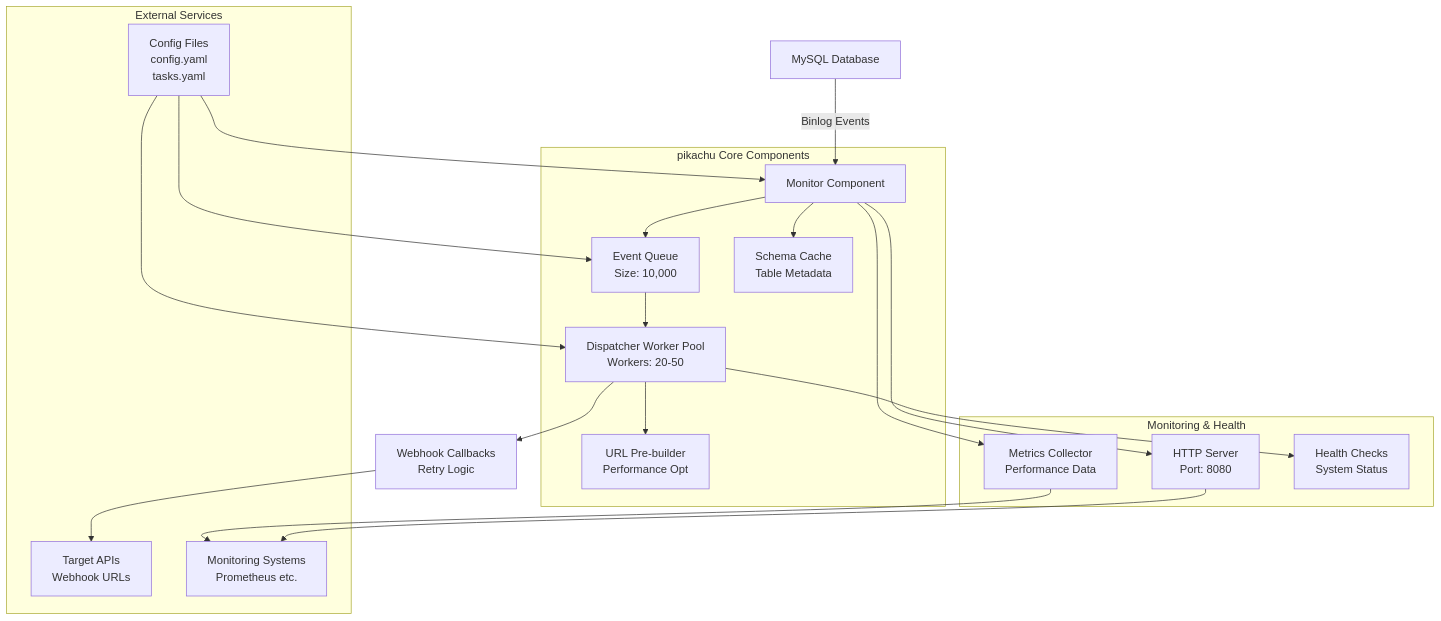
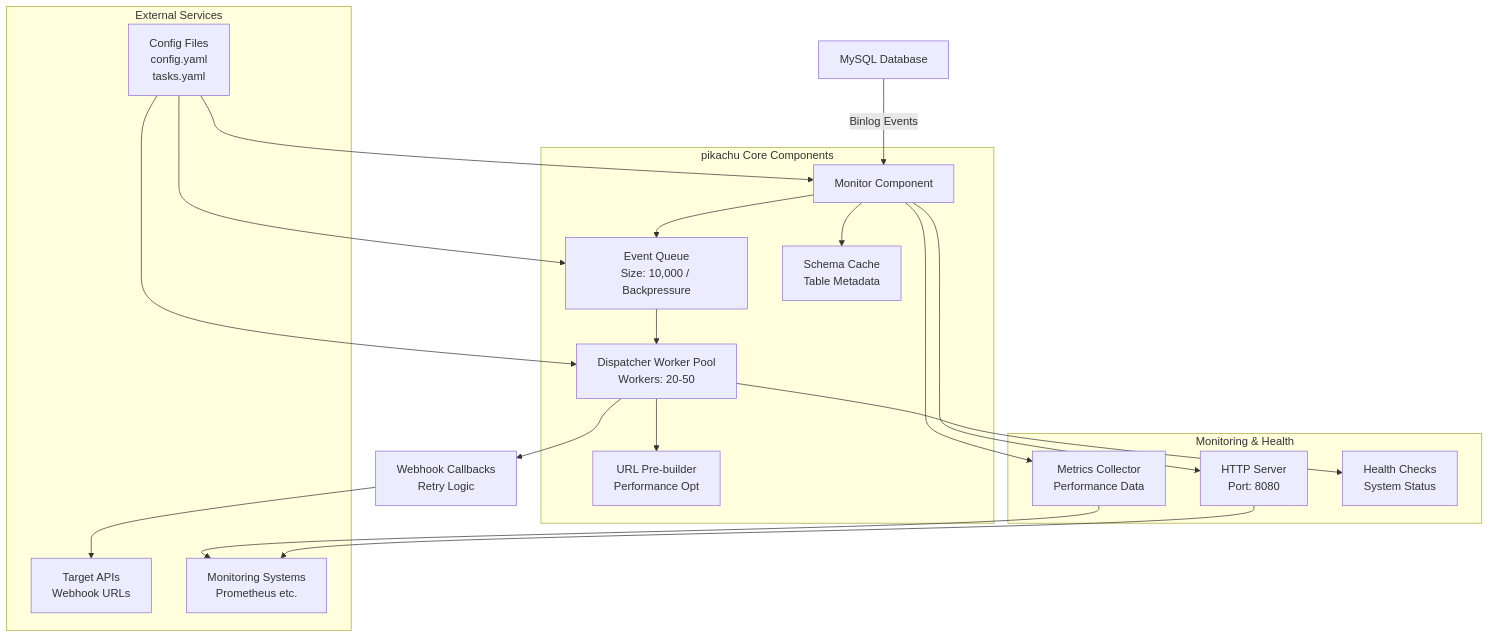
Before and after one commit to tiyee/pikachu: the diagram in README.md, drawn with Mermaid. The commit also changed other lines of this file and 20 other files, not shown here.

````diff
--- a/README.md
+++ b/README.md
@@ -82,40 +90,40 @@
 ```mermaid
 graph TB
     A[MySQL Database] -->|Binlog Events| B[Monitor Component]
-    B --> C[Event Queue<br/>Size: 10,000]
+    B --> C[Event Queue<br/>Size: 10,000 / Backpressure]
     C --> D[Dispatcher Worker Pool<br/>Workers: 20-50]
     D --> E[Webhook Callbacks<br/>Retry Logic]
 
     B --> F[Schema Cache<br/>Table Metadata]
     D --> G[URL Pre-builder<br/>Performance Opt]
 
     subgraph "pikachu Core Components"
         B
         C
         D
         F
         G
     end
 
     subgraph "Monitoring & Health"
         H[HTTP Server<br/>Port: 8080]
         I[Metrics Collector<br/>Performance Data]
         J[Health Checks<br/>System Status]
     end
 
     subgraph "External Services"
         K[Config Files<br/>config.yaml<br/>tasks.yaml]
         L[Target APIs<br/>Webhook URLs]
         M[Monitoring Systems<br/>Prometheus etc.]
     end
 
     K --> B
     K --> C
     K --> D
     B --> H
     B --> I
     D --> J
     E --> L
     I --> M
     H --> M
 ```
````
